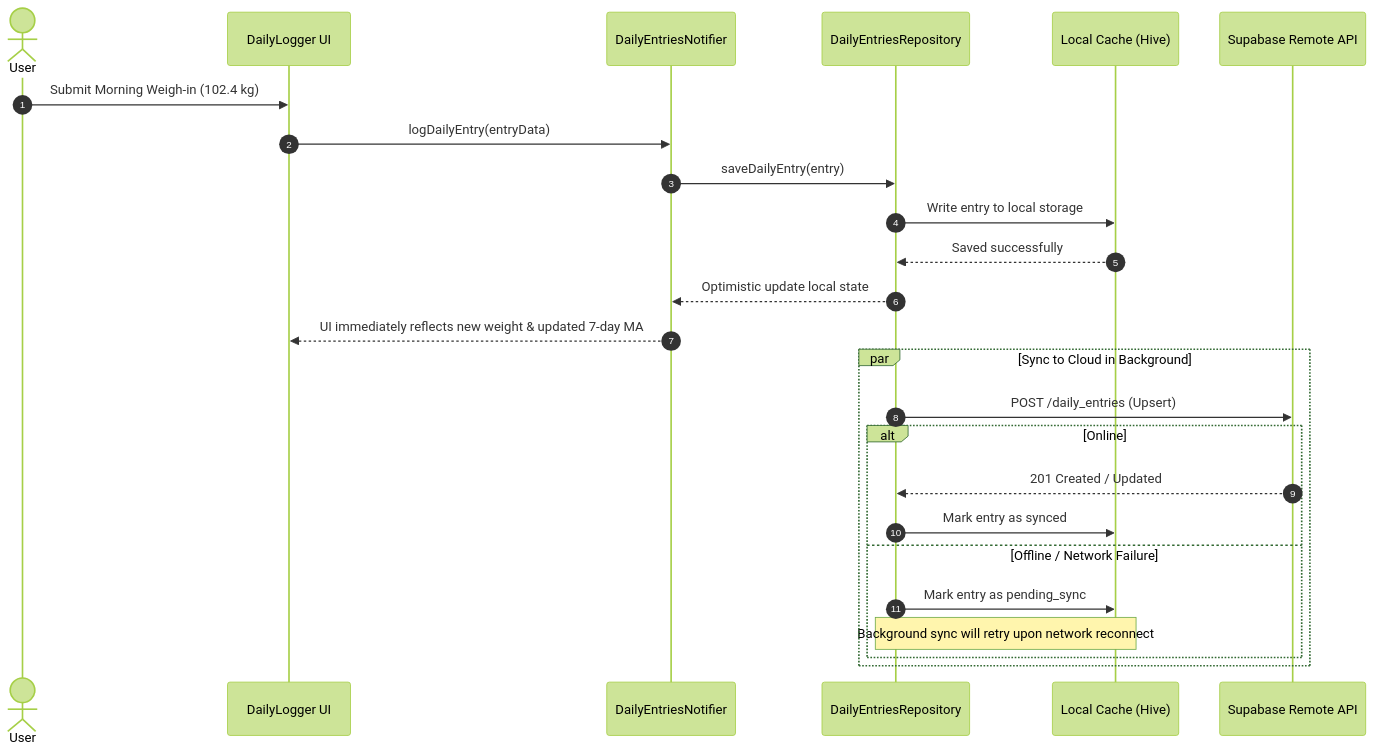
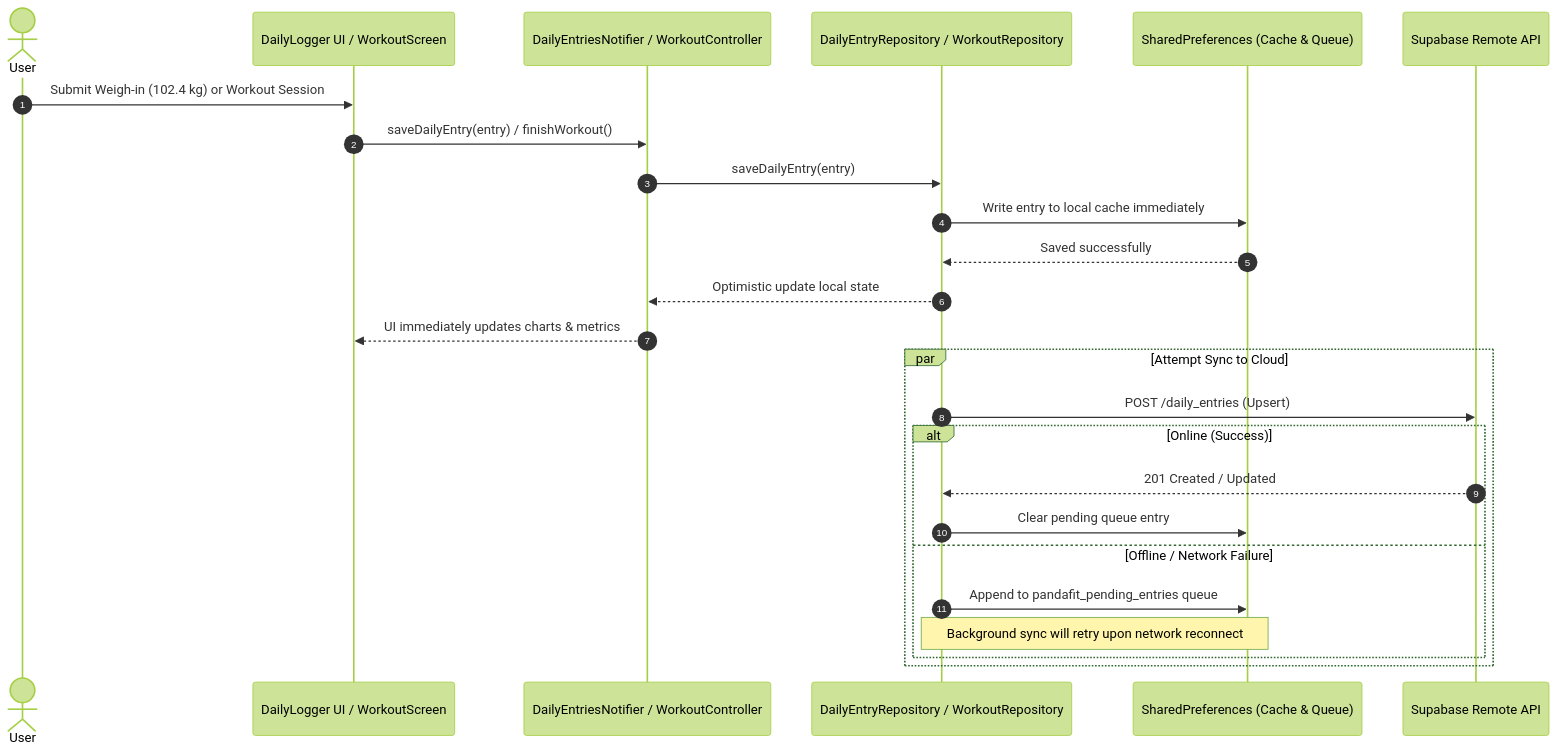
The second of 7 diagrams in ARCHITECTURE.md (LiviuOloi/panda-fit), drawn with Mermaid (forest theme) before and after one commit. The commit also changed other lines of this file and 3 other files, not shown here.

Commit message:
docs: update all master documentation files with full mobile, workout, reports, notifications, and offline sync specs

````diff
--- a/ARCHITECTURE.md
+++ b/ARCHITECTURE.md
@@ -75,29 +86,29 @@
 ```mermaid
 sequenceDiagram
     autonumber
     actor User
-    participant UI as DailyLogger UI
-    participant Riverpod as DailyEntriesNotifier
-    participant Repo as DailyEntriesRepository
-    participant Local as Local Cache (Hive)
+    participant UI as DailyLogger UI / WorkoutScreen
+    participant Riverpod as DailyEntriesNotifier / WorkoutController
+    participant Repo as DailyEntryRepository / WorkoutRepository
+    participant Local as SharedPreferences (Cache & Queue)
     participant Remote as Supabase Remote API
 
-    User->>UI: Submit Morning Weigh-in (102.4 kg)
-    UI->>Riverpod: logDailyEntry(entryData)
+    User->>UI: Submit Weigh-in (102.4 kg) or Workout Session
+    UI->>Riverpod: saveDailyEntry(entry) / finishWorkout()
     Riverpod->>Repo: saveDailyEntry(entry)
-    Repo->>Local: Write entry to local storage
+    Repo->>Local: Write entry to local cache immediately
     Local-->>Repo: Saved successfully
     Repo-->>Riverpod: Optimistic update local state
-    Riverpod-->>UI: UI immediately reflects new weight & updated 7-day MA
+    Riverpod-->>UI: UI immediately updates charts & metrics
 
-    par Sync to Cloud in Background
+    par Attempt Sync to Cloud
         Repo->>Remote: POST /daily_entries (Upsert)
-        alt Online
+        alt Online (Success)
             Remote-->>Repo: 201 Created / Updated
-            Repo->>Local: Mark entry as synced
+            Repo->>Local: Clear pending queue entry
         else Offline / Network Failure
-            Repo->>Local: Mark entry as pending_sync
+            Repo->>Local: Append to pandafit_pending_entries queue
             Note over Repo,Local: Background sync will retry upon network reconnect
         end
     end
 ```
````
